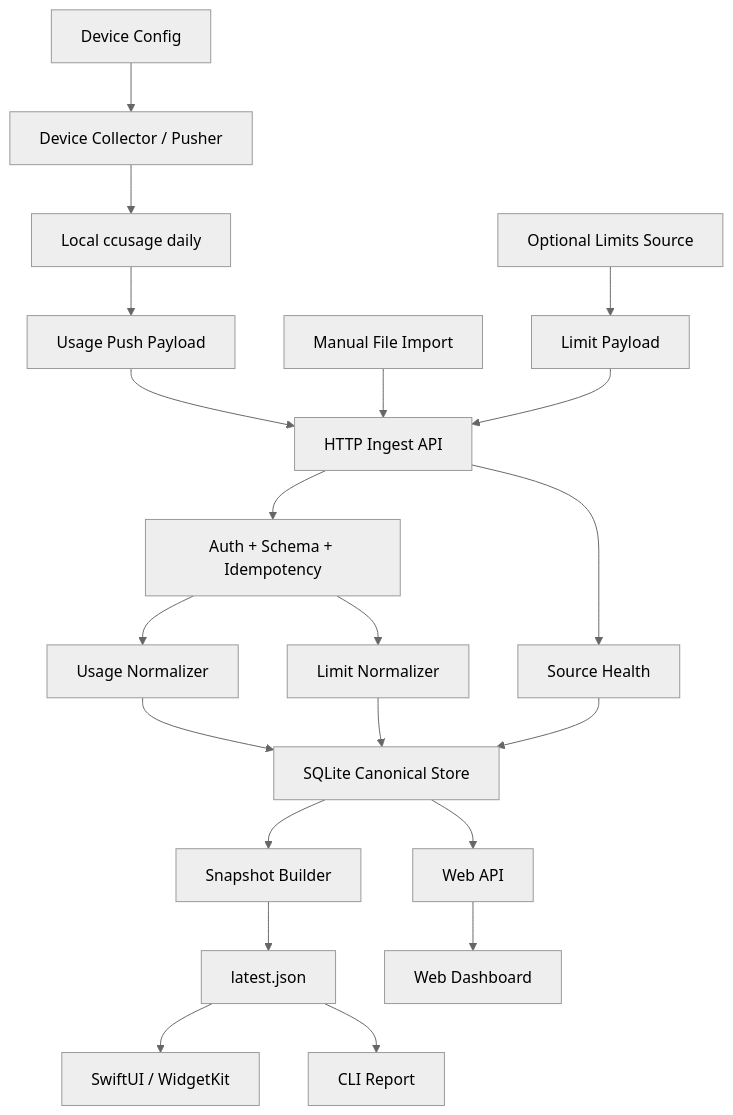
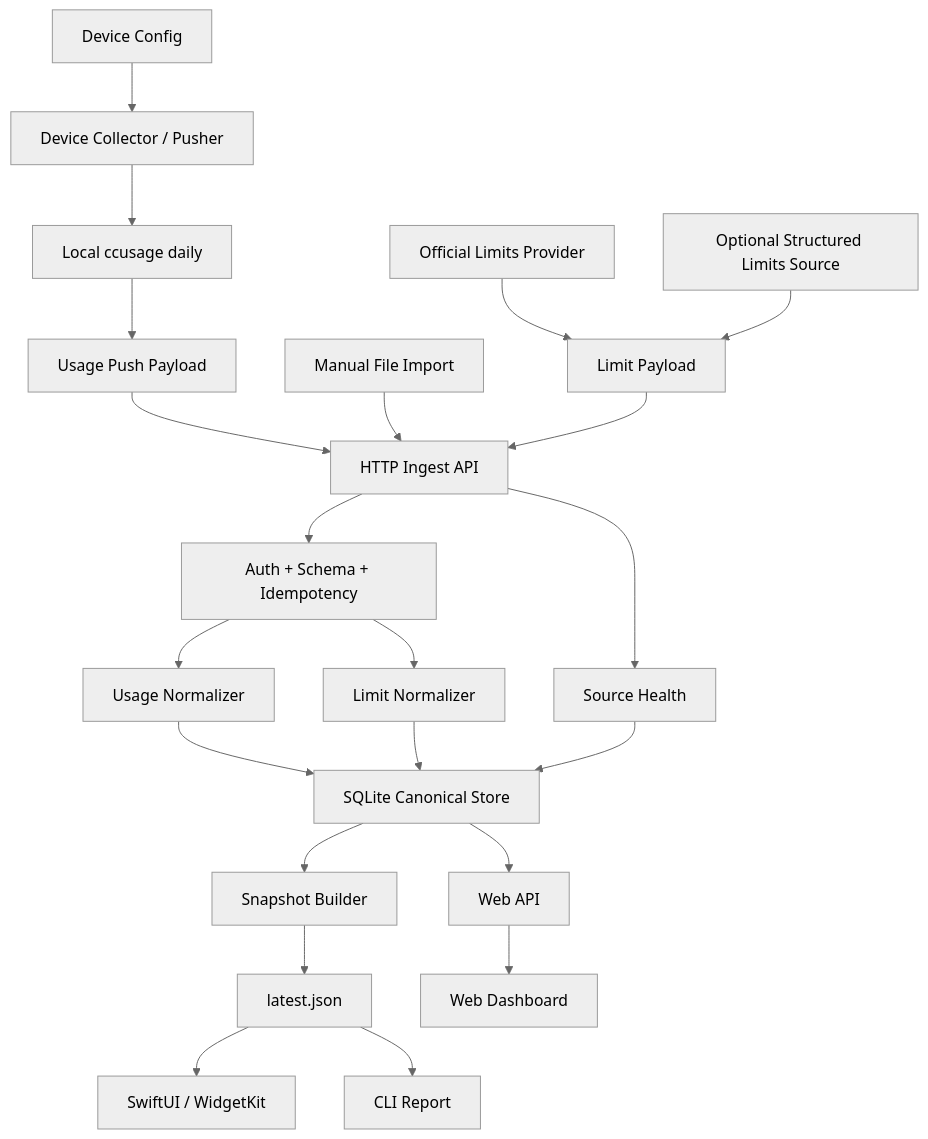
One commit to Moshuiwang/aiusage changed the diagram in docs/architecture.md. Above: the diagram before and after it, drawn with Mermaid (neutral theme). The commit also changed other lines of this file and 43 other files, not shown here.

````diff
--- a/docs/architecture.md
+++ b/docs/architecture.md
@@ -15,26 +15,27 @@
 ```mermaid
 flowchart TD
     deviceConfig["Device Config"] --> deviceCollector["Device Collector / Pusher"]
     deviceCollector --> ccusage["Local ccusage daily"]
     ccusage --> pushPayload["Usage Push Payload"]
     pushPayload --> httpIngest["HTTP Ingest API"]
     manualImport["Manual File Import"] --> httpIngest
-    limits["Optional Limits Source"] --> limitPayload["Limit Payload"]
+    officialLimits["Official Limits Provider"] --> limitPayload["Limit Payload"]
+    limits["Optional Structured Limits Source"] --> limitPayload
     limitPayload --> httpIngest
 
     httpIngest --> auth["Auth + Schema + Idempotency"]
     auth --> usageNormalizer["Usage Normalizer"]
     auth --> limitNormalizer["Limit Normalizer"]
 
     usageNormalizer --> sqlite["SQLite Canonical Store"]
     limitNormalizer --> sqlite
     httpIngest --> health["Source Health"]
     health --> sqlite
 
     sqlite --> snapshot["Snapshot Builder"]
     snapshot --> latest["latest.json"]
     sqlite --> webApi["Web API"]
     webApi --> dashboard["Web Dashboard"]
     latest --> widget["SwiftUI / WidgetKit"]
     latest --> cliReport["CLI Report"]
 ```
````
